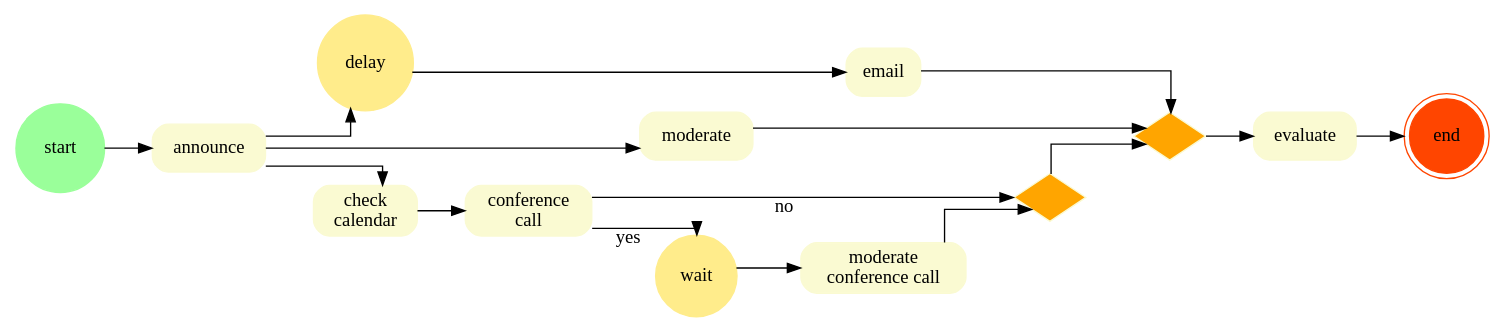
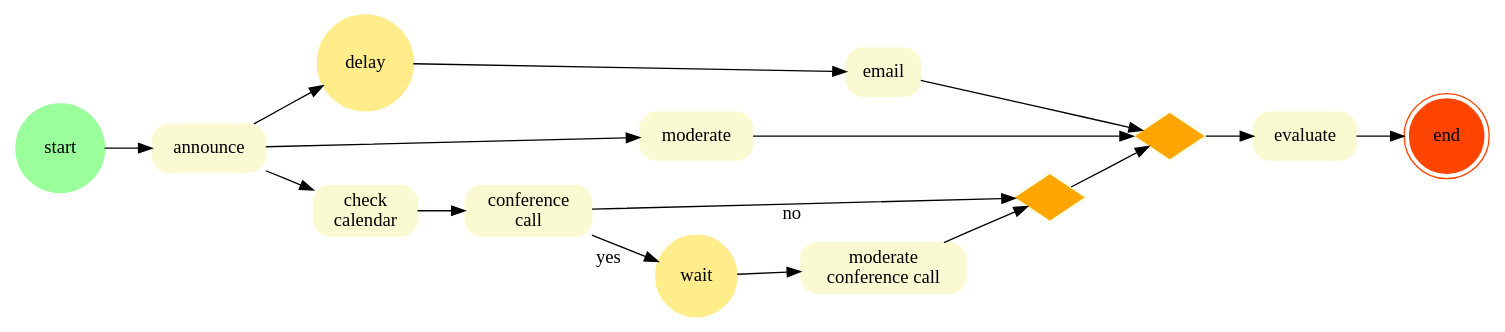
The diagram in graphviz/bpmn_generator/data/bpmn.gv (AsifKHasan/visualization-explorations), drawn with Graphviz before and after one commit. The commit also changed 2 other files, not shown here.

```diff
--- a/graphviz/bpmn_generator/data/bpmn.gv
+++ b/graphviz/bpmn_generator/data/bpmn.gv
@@ -1,34 +1,35 @@
 digraph BPMN {
-  splines=ortho;
+  // splines=ortho;
   rankdir=LR;
 
   node            [ shape="rectangle"; style="rounded, filled"; color="lightgoldenrodyellow"; ]
+
   start           [ shape="circle"; color="palegreen1"; ]
   end             [ shape="doublecircle"; color="orangered"; ]
   join            [ shape="diamond"; label="" style="filled"; fillcolor="orange"; ]
   join2           [ shape="diamond"; label="" style="filled"; fillcolor="orange"; ]
   wait            [ shape="circle"; color="lightgoldenrod1"; ]
   delay           [ shape="circle"; color="lightgoldenrod1"; ]
 
   start           -> announce     [ ]
   announce        -> delay        [ ]
   announce        -> moderate     [ ]
   moderate        -> join2        [ ]
   delay           -> email        [ ]
   email           -> join2        [ ]
 
   check_cal       [ label="check\ncalendar"; ]
   announce        -> check_cal    [ ]
 
   conf_call       [ label="conference\ncall"; ]
   check_cal       -> conf_call    [ ]
   conf_call       -> wait         [ xlabel="yes"; ]
 
   moderate_conf   [ label="moderate \nconference call"; ]
   wait            -> moderate_conf
   moderate_conf   -> join
   conf_call       -> join         [ xlabel="no"; ]
   join            -> join2
   join2           -> evaluate
   evaluate        -> end
 }
```
